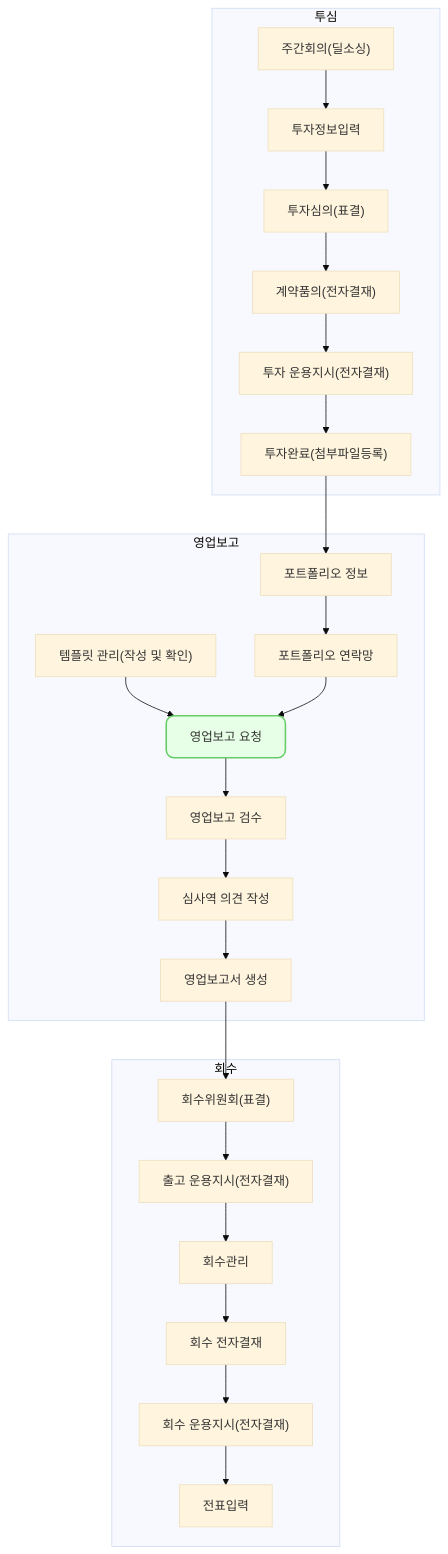
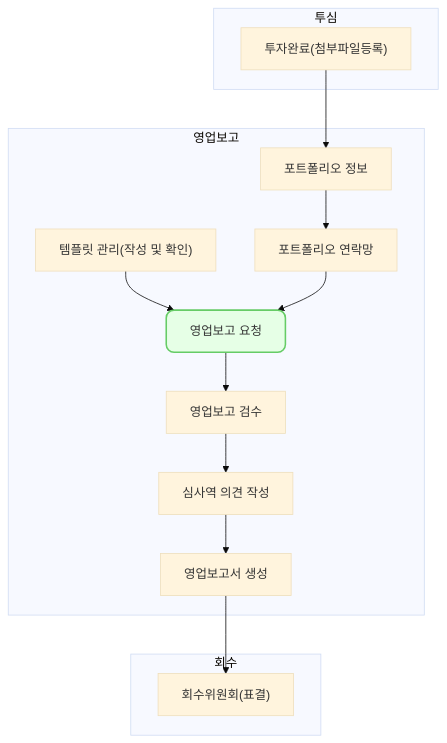
One commit to cotes2020/jekyll-theme-chirpy changed the diagram in _posts/2024-08-24-br0004.md. Above: the diagram before and after it, drawn with Mermaid (base theme). The commit also changed 5 other files, not shown here.

```diff
--- a/_posts/2024-08-24-br0004.md
+++ b/_posts/2024-08-24-br0004.md
@@ -34,23 +34,9 @@
 flowchart TD
 
     subgraph 투자심의["투심"]
-        wr0003["주간회의(딜소싱)"]
-        vs0003["투자정보입력"]
-        vs0006["투자심의(표결)"]
-        ed0001a["계약품의(전자결재)"]
-        oi0003["투자 운용지시(전자결재)"]
         vs0009["투자완료(첨부파일등록)"]
- 
-        wr0003
-        wr0003 --> vs0003
-        vs0003 --> vs0006
-        vs0006 --> ed0001a
-        ed0001a --> oi0003
-        oi0003 --> vs0009
-
     end
 
-    
     subgraph 영업보고["영업보고"]
         pm0100["포트폴리오 정보"]
         br0001["템플릿 관리(작성 및 확인)"]
@@ -67,27 +53,11 @@
         br0004 --> br0007
         br0007 --> br0009
         br0009 --> br0011
-
     end
-
-
 
     subgraph 회수관리["회수"]
         ex0001["회수위원회(표결)"]
-        oi0001["출고 운용지시(전자결재)"]
-        ex0007["회수관리"]
-        ex0009["회수 전자결재"]
-        ex0009a["회수 운용지시(전자결재)"]
-        fm0002a["전표입력"]
-
         br0011 --> ex0001
-
-        ex0001 --> oi0001
-        oi0001 --> ex0007
-        ex0007 --> ex0009
-        ex0009 --> ex0009a
-        ex0009a --> fm0002a
-
     end
 
 click hr0001 "{% post_url 2024-07-02-hr0001 %}" " "
```
